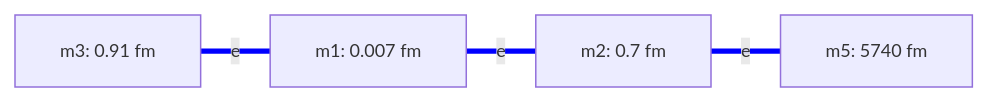
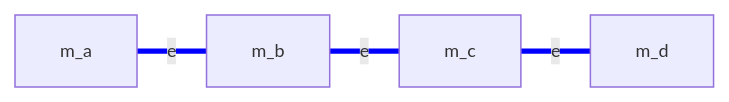
Before and after one commit to gotchoices/forma: the third of 3 diagrams in projects/ma-domain/work/electron-configs.md, drawn with Mermaid. The commit also changed other lines of this file and 2 other files, not shown here.

````diff
--- a/projects/ma-domain/work/electron-configs.md
+++ b/projects/ma-domain/work/electron-configs.md
@@ -110,14 +98,14 @@
 ```mermaid
 %%{init: { "flowchart": { "nodeSpacing": 25, "rankSpacing": 40, "curve": "basis" }, "themeVariables": { "fontSize": "12px" } } }%%
 graph LR
-    m3[m3: 0.91 fm]
-    m1[m1: 0.007 fm]
-    m2[m2: 0.7 fm]
-    m5[m5: 5740 fm]
+    ma[m_a]
+    mb[m_b]
+    mc[m_c]
+    md[m_d]
 
     %% --- electron sector (blue, no arrows — assignment not fit) ---
-    m3 ===|e| m1
-    m1 ===|e| m2
-    m2 ===|e| m5
+    ma ===|e| mb
+    mb ===|e| mc
+    mc ===|e| md
     linkStyle 0,1,2 stroke:blue
 ```
````
